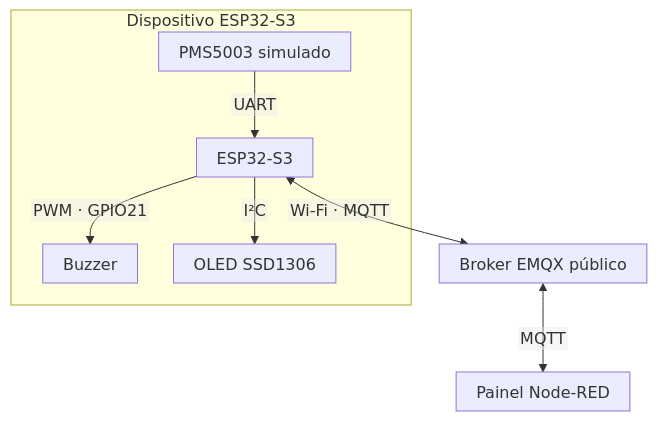
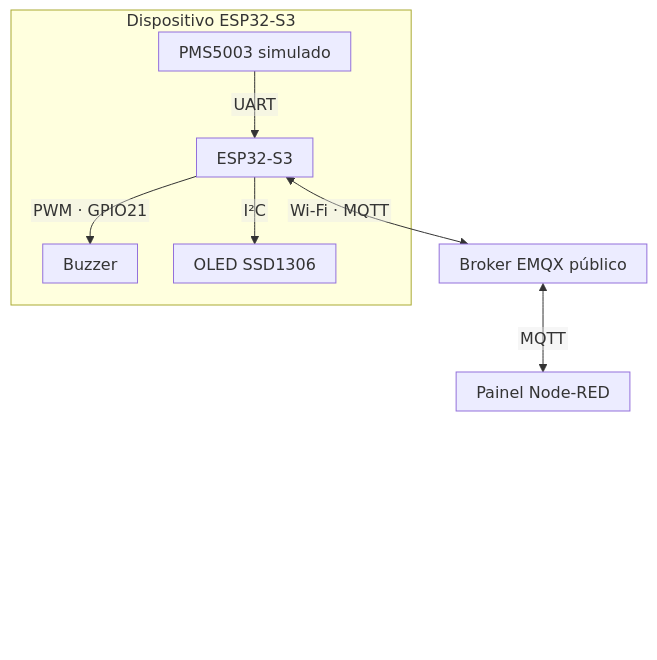
Before and after one commit to adrianobrun/OBJ-INTELIG-PROJETO: the diagram in README.md, drawn with Mermaid. The commit also changed 1 other file, not shown here.

Commit message:
Libera espaço para os controles do diagrama no celular

````diff
--- a/README.md
+++ b/README.md
@@ -7,18 +7,22 @@
 ```mermaid
 ---
 config:
   htmlLabels: false
   flowchart:
     nodeSpacing: 36
     rankSpacing: 44
     padding: 10
 ---
 flowchart TB
     subgraph D["Dispositivo ESP32-S3"]
         P["PMS5003 simulado"] -->|UART| E["ESP32-S3"]
         E -->|PWM · GPIO21| B["Buzzer"]
         E -->|I²C| O["OLED SSD1306"]
     end
     E <-->|Wi-Fi · MQTT| M["Broker EMQX público"]
     M <-->|MQTT| N["Painel Node-RED"]
+
+    %% Reserva espaço abaixo do painel para os controles de zoom do GitHub.
+    N ~~~ margem["."]
+    style margem fill:none,stroke:none,color:transparent,font-size:150px
 ```
````
